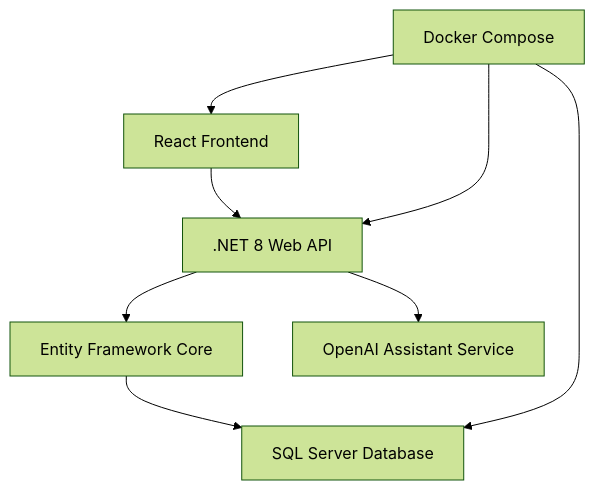
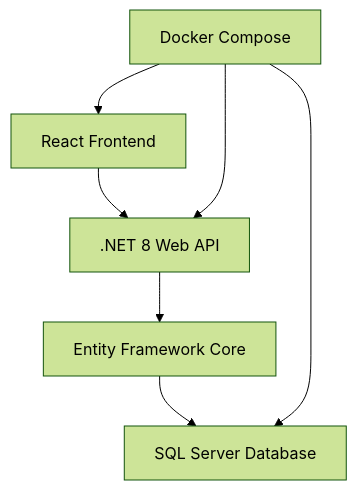
Before and after one commit to peterpo2/LATELINA: the diagram in README.md, drawn with Mermaid (forest theme). The commit also changed other lines of this file and 39 other files, not shown here.

````diff
--- a/README.md
+++ b/README.md
@@ -42,10 +41,9 @@
 ```mermaid
 graph TB
     A[React Frontend] --> B[.NET 8 Web API]
     B --> C[Entity Framework Core]
     C --> D[SQL Server Database]
-    B --> E[OpenAI Assistant Service]
     F[Docker Compose] --> A
     F --> B
     F --> D
 ```
````
